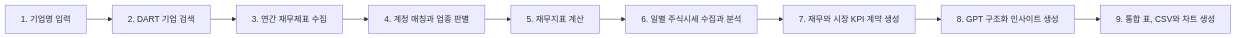
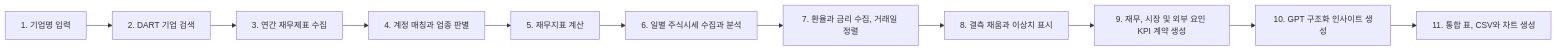
One commit to David9733/financial_analysis changed the diagram in README.md. Above: the diagram before and after it, drawn with Mermaid. The commit also changed other lines of this file, not shown here.

````diff
--- a/README.md
+++ b/README.md
@@ -62,11 +64,13 @@
 ```mermaid
 graph LR
     A["1. 기업명 입력"] --> B["2. DART 기업 검색"]
     B --> C["3. 연간 재무제표 수집"]
     C --> D["4. 계정 매칭과 업종 판별"]
     D --> E["5. 재무지표 계산"]
     E --> F["6. 일별 주식시세 수집과 분석"]
-    F --> G["7. 재무와 시장 KPI 계약 생성"]
-    G --> H["8. GPT 구조화 인사이트 생성"]
-    H --> I["9. 통합 표, CSV와 차트 생성"]
+    F --> F2["7. 환율과 금리 수집, 거래일 정렬"]
+    F2 --> F3["8. 결측 채움과 이상치 표시"]
+    F3 --> G["9. 재무, 시장 및 외부 요인 KPI 계약 생성"]
+    G --> H["10. GPT 구조화 인사이트 생성"]
+    H --> I["11. 통합 표, CSV와 차트 생성"]
 ```
````
